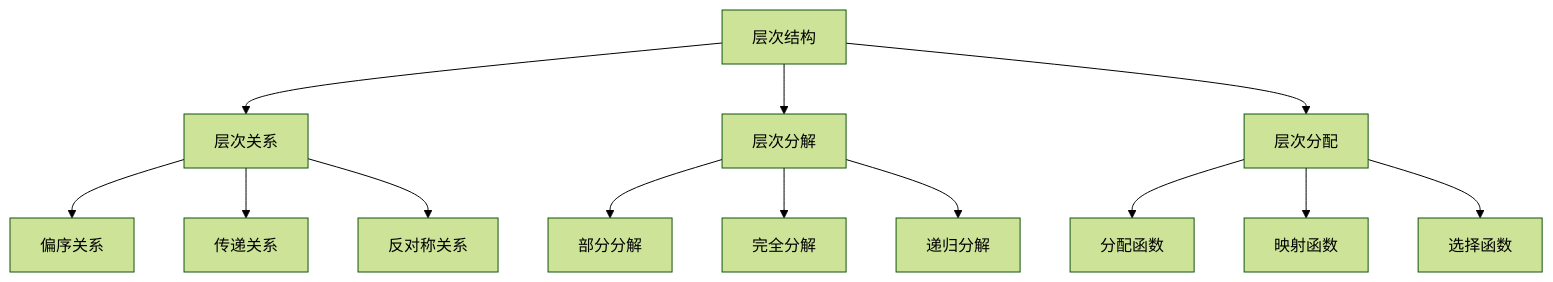
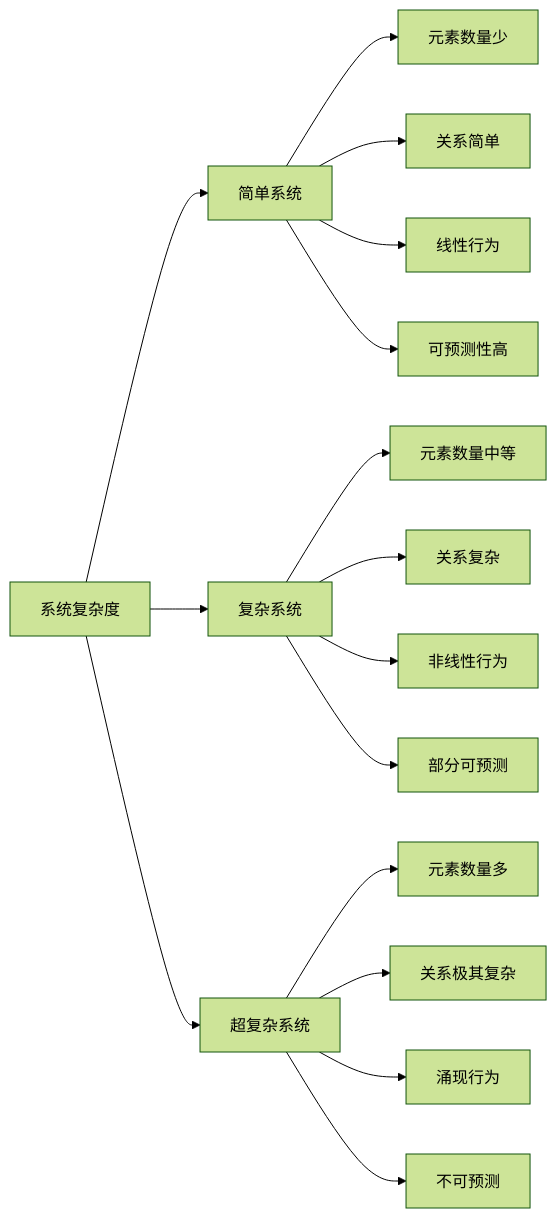
The third of 20 diagrams in 1.系统理论/1.5 多表征/1.5.1 概念图.md (AdaMartin18010/SystemOSIOT), drawn with Mermaid (forest theme) before and after one commit. The commit also changed other lines of this file and 118 other files, not shown here.

````diff
--- a/1.系统理论/1.5 多表征/1.5.1 概念图.md
+++ b/1.系统理论/1.5 多表征/1.5.1 概念图.md
@@ -130,18 +87,21 @@
 ```mermaid
-graph TD;
-  H[层次结构] --> LH[层次关系];
-  H --> LD[层次分解];
-  H --> LF[层次分配];
-  
-  LH --> PO[偏序关系];
-  LH --> TR[传递关系];
-  LH --> AN[反对称关系];
-  
-  LD --> PD[部分分解];
-  LD --> CD[完全分解];
-  LD --> RD[递归分解];
-  
-  LF --> AF[分配函数];
-  LF --> MF[映射函数];
-  LF --> SF[选择函数];
+graph LR
+    A[系统复杂度] --> B[简单系统]
+    A --> C[复杂系统]
+    A --> D[超复杂系统]
+    
+    B --> B1[元素数量少]
+    B --> B2[关系简单]
+    B --> B3[线性行为]
+    B --> B4[可预测性高]
+    
+    C --> C1[元素数量中等]
+    C --> C2[关系复杂]
+    C --> C3[非线性行为]
+    C --> C4[部分可预测]
+    
+    D --> D1[元素数量多]
+    D --> D2[关系极其复杂]
+    D --> D3[涌现行为]
+    D --> D4[不可预测]
 ```
````
